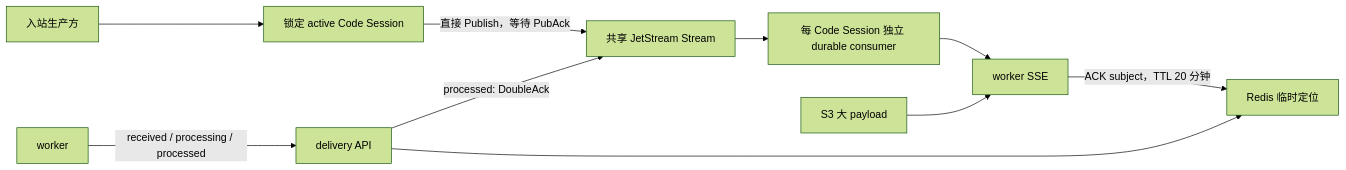
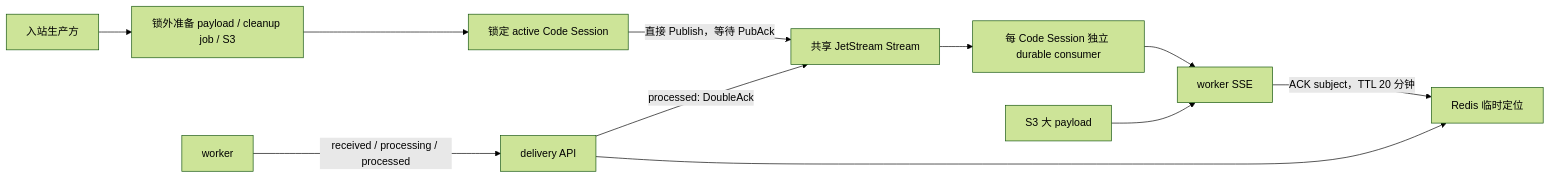
One commit to superduck-ai/open-managed-agents changed the diagram in docs/design/be/ccrv2/code-session-inbound-events-removal-clarifications.md. Above: the diagram before and after it, drawn with Mermaid (forest theme). The commit also changed other lines of this file and 23 other files, not shown here.

````diff
--- a/docs/design/be/ccrv2/code-session-inbound-events-removal-clarifications.md
+++ b/docs/design/be/ccrv2/code-session-inbound-events-removal-clarifications.md
@@ -17,12 +17,13 @@
 ```mermaid
 flowchart LR
-    Producer["入站生产方"] --> Lock["锁定 active Code Session"]
+    Producer["入站生产方"] --> Prepare["锁外准备 payload / cleanup job / S3"]
+    Prepare --> Lock["锁定 active Code Session"]
     Lock -->|直接 Publish，等待 PubAck| JS["共享 JetStream Stream"]
     JS --> Durable["每 Code Session 独立 durable consumer"]
     Durable --> SSE["worker SSE"]
     SSE -->|ACK subject，TTL 20 分钟| Redis["Redis 临时定位"]
     Worker["worker"] -->|received / processing / processed| Delivery["delivery API"]
     Delivery --> Redis
     Delivery -->|processed: DoubleAck| JS
     S3["S3 大 payload"] --> SSE
 ```
````
